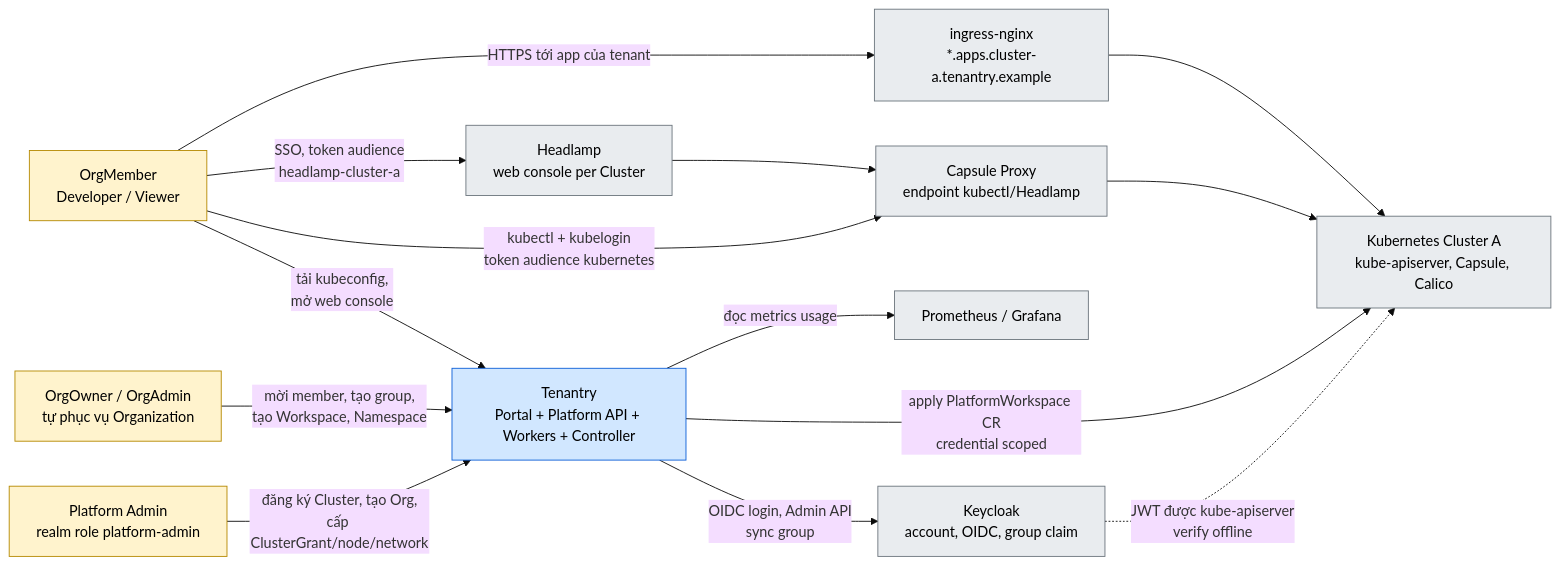
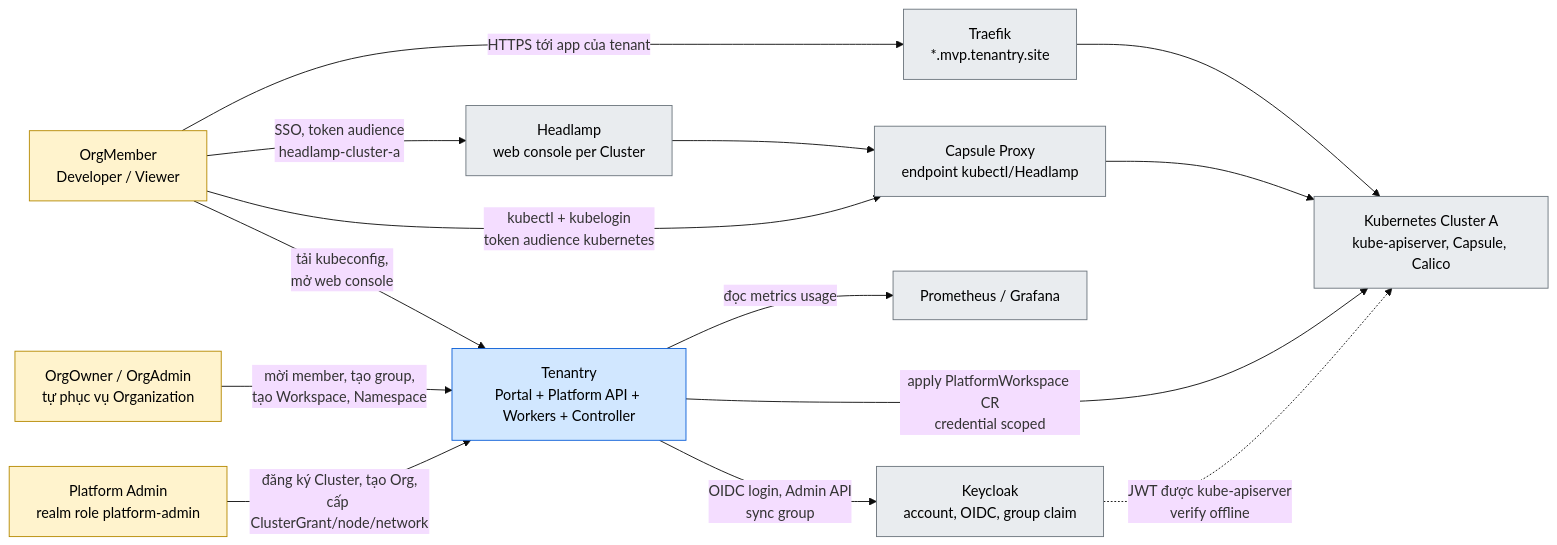
One commit to thaihoc1310/tenantry changed the first of 5 diagrams in docs/architecture/01-system-context.md. Above: the diagram before and after it, drawn with Mermaid (base theme). The commit also changed other lines of this file and 10 other files, not shown here.

Commit message:
docs: platform-managed Routes on Traefik with Let's Encrypt, NFS via csi-driver-nfs, cluster foundation under deploy/cluster

````diff
--- a/docs/architecture/01-system-context.md
+++ b/docs/architecture/01-system-context.md
@@ -10,35 +10,35 @@
 ```mermaid
 flowchart LR
   classDef actor fill:#fff3cd,stroke:#b58900,color:#000
   classDef sys fill:#d1e7ff,stroke:#0b5ed7,color:#000
   classDef ext fill:#e9ecef,stroke:#6c757d,color:#000
 
   Admin["Platform Admin<br/>realm role platform-admin"]:::actor
   Owner["OrgOwner / OrgAdmin<br/>tự phục vụ Organization"]:::actor
   Member["OrgMember<br/>Developer / Viewer"]:::actor
 
   T["Tenantry<br/>Portal + Platform API + Workers + Controller"]:::sys
 
   KC["Keycloak<br/>account, OIDC, group claim"]:::ext
   K8s["Kubernetes Cluster A<br/>kube-apiserver, Capsule, Calico"]:::ext
   Proxy["Capsule Proxy<br/>endpoint kubectl/Headlamp"]:::ext
   HL["Headlamp<br/>web console per Cluster"]:::ext
-  Ing["ingress-nginx<br/>*.apps.cluster-a.tenantry.example"]:::ext
+  Ing["Traefik<br/>*.mvp.tenantry.site"]:::ext
   Mon["Prometheus / Grafana"]:::ext
 
   Admin -->|"đăng ký Cluster, tạo Org,<br/>cấp ClusterGrant/node/network"| T
   Owner -->|"mời member, tạo group,<br/>tạo Workspace, Namespace"| T
   Member -->|"tải kubeconfig,<br/>mở web console"| T
 
   T -->|"OIDC login, Admin API<br/>sync group"| KC
   T -->|"apply PlatformWorkspace CR<br/>credential scoped"| K8s
   T -->|"đọc metrics usage"| Mon
 
   Member -->|"kubectl + kubelogin<br/>token audience kubernetes"| Proxy
   Member -->|"SSO, token audience<br/>headlamp-cluster-a"| HL
   HL --> Proxy
   Proxy --> K8s
   Member -->|"HTTPS tới app của tenant"| Ing
   Ing --> K8s
   KC -.->|"JWT được kube-apiserver<br/>verify offline"| K8s
 ```
````
